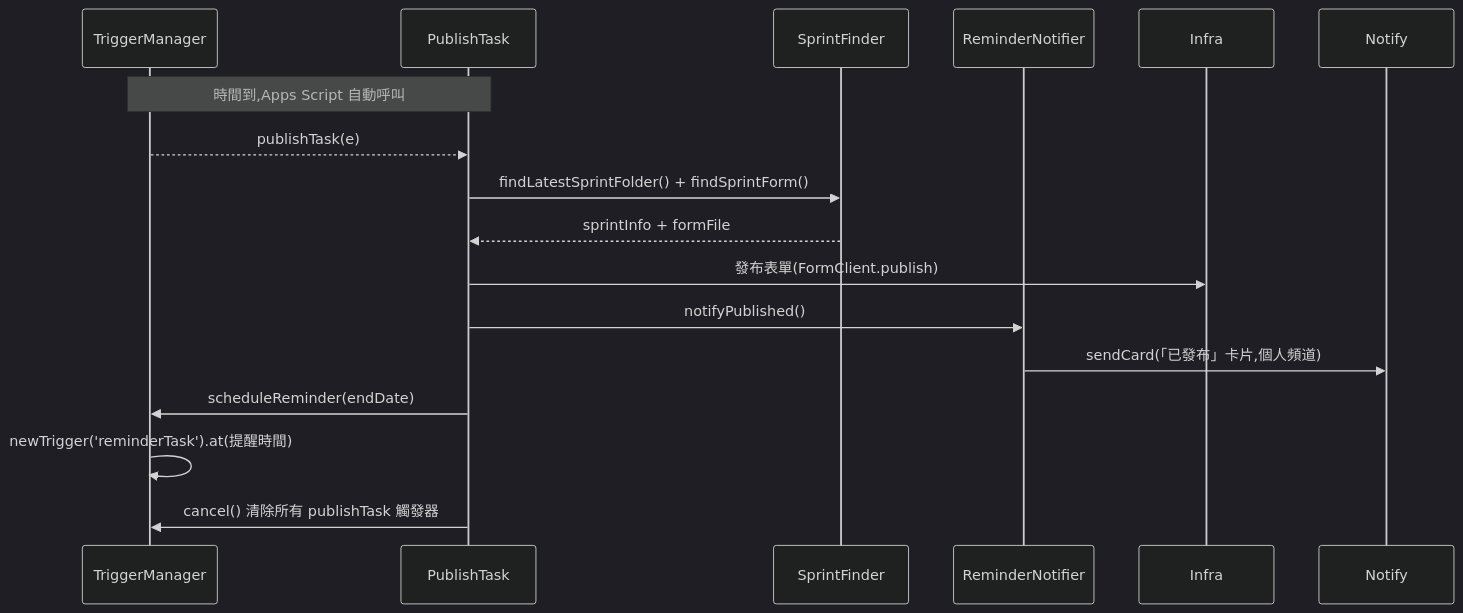
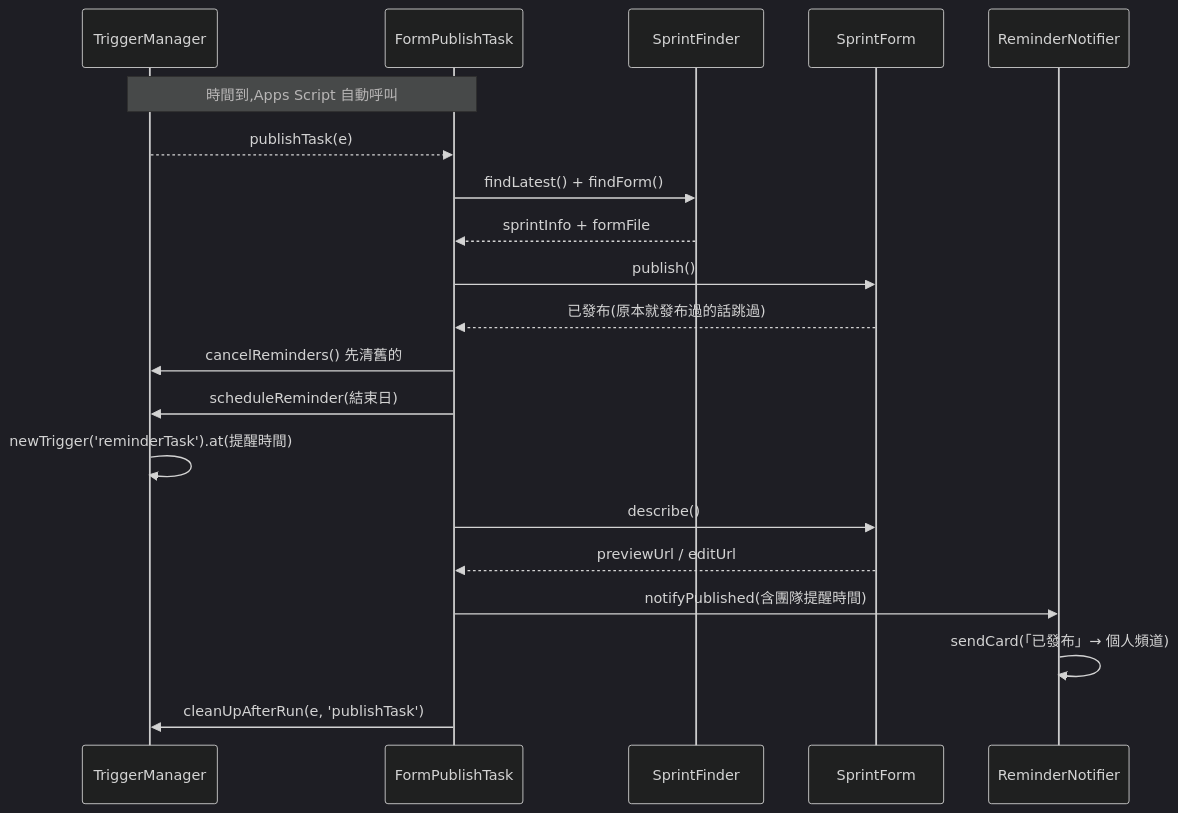
The third of 4 diagrams in me/taichi/f2e/scrum/retrospective/README.md (oceanTsai/team.manager), drawn with Mermaid (dark theme) before and after one commit. The commit also changed other lines of this file and 16 other files, not shown here.

````diff
--- a/me/taichi/f2e/scrum/retrospective/README.md
+++ b/me/taichi/f2e/scrum/retrospective/README.md
@@ -117,20 +189,23 @@
 ```mermaid
 sequenceDiagram
     participant TM as TriggerManager
-    participant PT as PublishTask
+    participant PT as FormPublishTask
     participant SF as SprintFinder
+    participant Form as SprintForm
     participant RN as ReminderNotifier
-    participant Infra
-    participant Notify
 
     Note over TM,PT: 時間到,Apps Script 自動呼叫
     TM-->>PT: publishTask(e)
-    PT->>SF: findLatestSprintFolder() + findSprintForm()
+    PT->>SF: findLatest() + findForm()
     SF-->>PT: sprintInfo + formFile
-    PT->>Infra: 發布表單(FormClient.publish)
-    PT->>RN: notifyPublished()
-    RN->>Notify: sendCard(「已發布」卡片,個人頻道)
-    PT->>TM: scheduleReminder(endDate)
+    PT->>Form: publish()
+    Form-->>PT: 已發布(原本就發布過的話跳過)
+    PT->>TM: cancelReminders() 先清舊的
+    PT->>TM: scheduleReminder(結束日)
     TM->>TM: newTrigger('reminderTask').at(提醒時間)
-    PT->>TM: cancel() 清除所有 publishTask 觸發器
+    PT->>Form: describe()
+    Form-->>PT: previewUrl / editUrl
+    PT->>RN: notifyPublished(含團隊提醒時間)
+    RN->>RN: sendCard(「已發布」→ 個人頻道)
+    PT->>TM: cleanUpAfterRun(e, 'publishTask')
 ```
````
